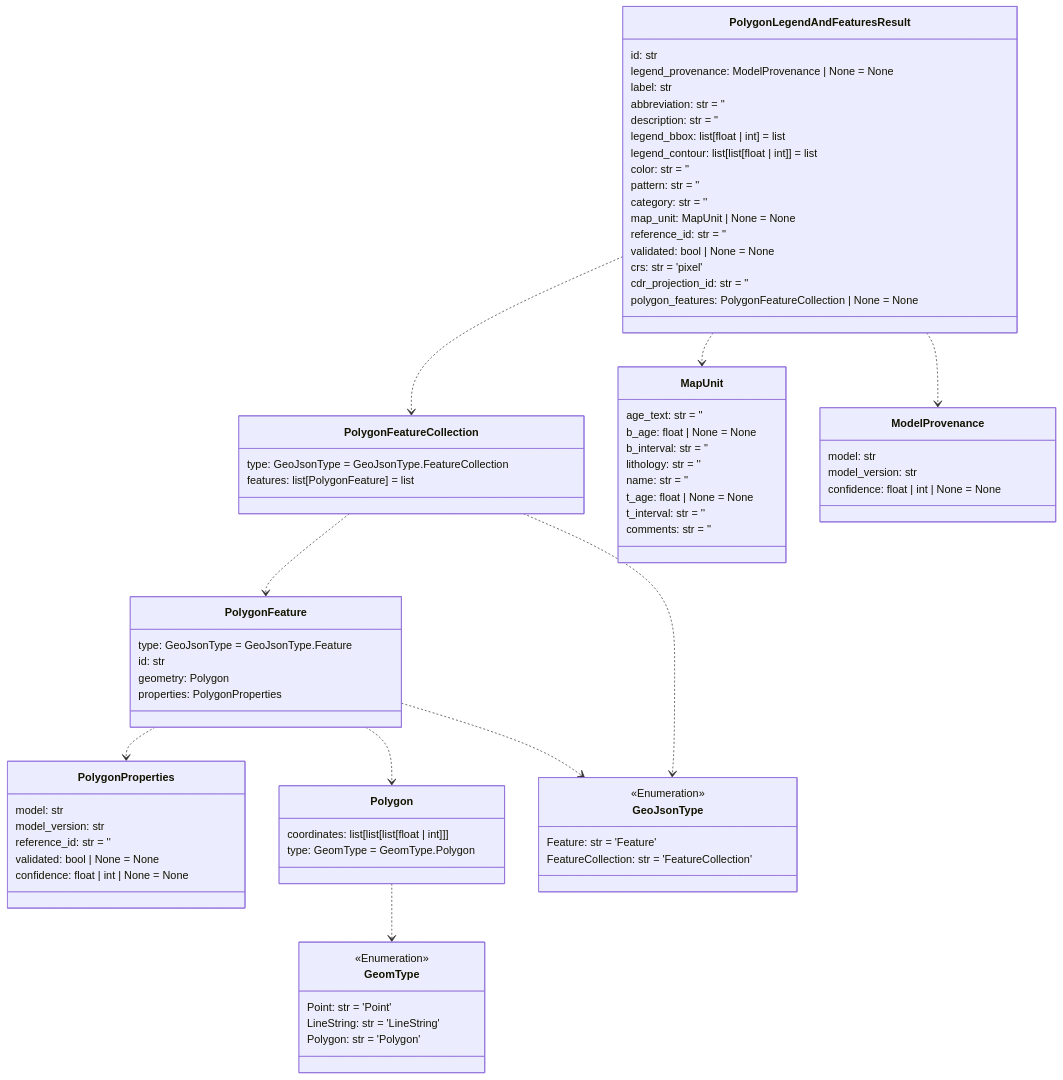
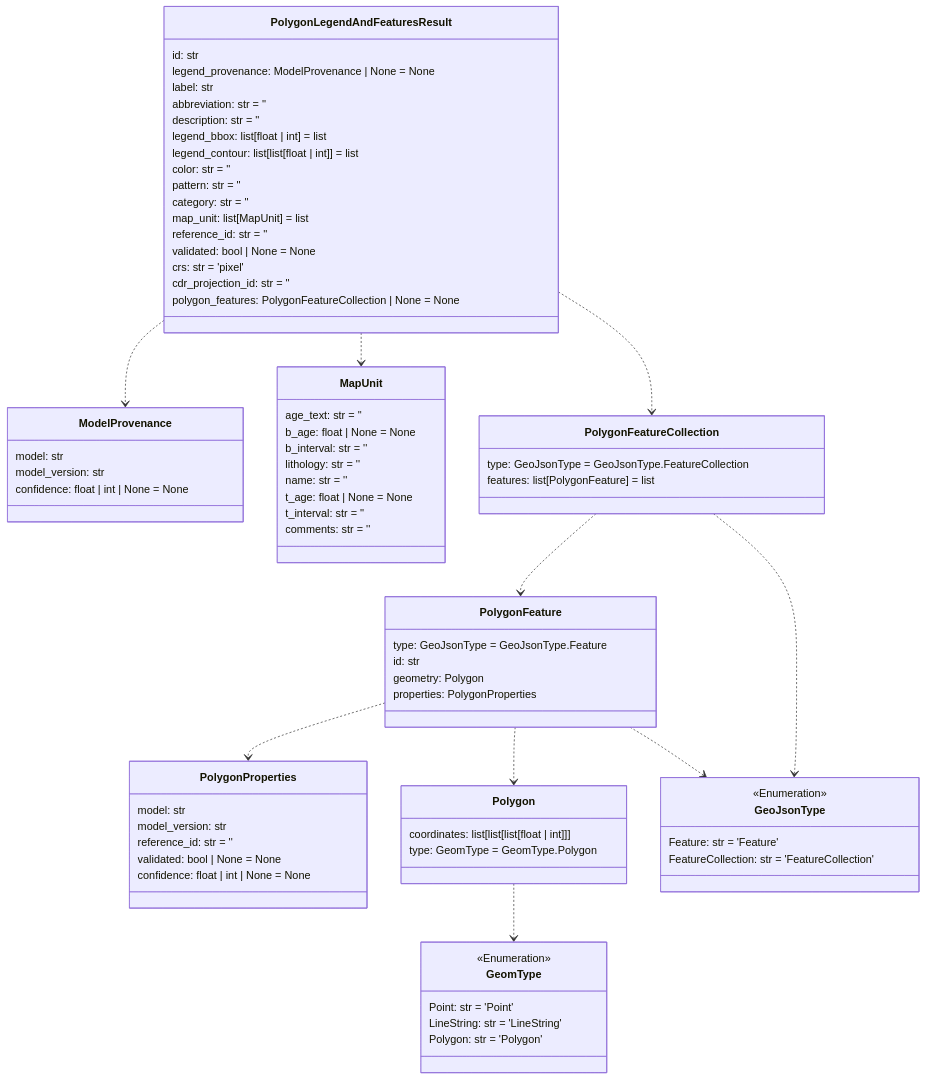
The seventh of 14 diagrams in README.md (DARPA-CRITICALMAAS/cdr_schemas), drawn with Mermaid before and after one commit. The commit also changed other lines of this file and 1 other file, not shown here.

````diff
--- a/README.md
+++ b/README.md
@@ -544,9 +544,22 @@
 ```mermaid
 classDiagram
+
+    class GeomType {
+        <<Enumeration>>
+        Point: str = 'Point'
+        LineString: str = 'LineString'
+        Polygon: str = 'Polygon'
+    }
 
     class PolygonFeatureCollection {
         type: GeoJsonType = GeoJsonType.FeatureCollection
         features: list[PolygonFeature] = list
+    }
+
+    class GeoJsonType {
+        <<Enumeration>>
+        Feature: str = 'Feature'
+        FeatureCollection: str = 'FeatureCollection'
     }
 
     class PolygonProperties {
@@ -555,6 +568,24 @@
         reference_id: str = ''
         validated: bool | None = None
         confidence: float | int | None = None
+    }
+
+    class Polygon {
+        coordinates: list[list[list[float | int]]]
+        type: GeomType = GeomType.Polygon
+    }
+
+    class ModelProvenance {
+        model: str
+        model_version: str
+        confidence: float | int | None = None
+    }
+
+    class PolygonFeature {
+        type: GeoJsonType = GeoJsonType.Feature
+        id: str
+        geometry: Polygon
+        properties: PolygonProperties
     }
 
     class MapUnit {
@@ -568,19 +599,6 @@
         comments: str = ''
     }
 
-    class GeomType {
-        <<Enumeration>>
-        Point: str = 'Point'
-        LineString: str = 'LineString'
-        Polygon: str = 'Polygon'
-    }
-
-    class ModelProvenance {
-        model: str
-        model_version: str
-        confidence: float | int | None = None
-    }
-
     class PolygonLegendAndFeaturesResult {
         id: str
         legend_provenance: ModelProvenance | None = None
@@ -592,30 +610,12 @@
         color: str = ''
         pattern: str = ''
         category: str = ''
-        map_unit: MapUnit | None = None
+        map_unit: list[MapUnit] = list
         reference_id: str = ''
         validated: bool | None = None
         crs: str = 'pixel'
         cdr_projection_id: str = ''
         polygon_features: PolygonFeatureCollection | None = None
-    }
-
-    class Polygon {
-        coordinates: list[list[list[float | int]]]
-        type: GeomType = GeomType.Polygon
-    }
-
-    class GeoJsonType {
-        <<Enumeration>>
-        Feature: str = 'Feature'
-        FeatureCollection: str = 'FeatureCollection'
-    }
-
-    class PolygonFeature {
-        type: GeoJsonType = GeoJsonType.Feature
-        id: str
-        geometry: Polygon
-        properties: PolygonProperties
     }
 
     Polygon ..> GeomType
@@ -624,9 +624,9 @@
     PolygonFeature ..> GeoJsonType
     PolygonFeatureCollection ..> PolygonFeature
     PolygonFeatureCollection ..> GeoJsonType
-    PolygonLegendAndFeaturesResult ..> PolygonFeatureCollection
     PolygonLegendAndFeaturesResult ..> ModelProvenance
     PolygonLegendAndFeaturesResult ..> MapUnit
+    PolygonLegendAndFeaturesResult ..> PolygonFeatureCollection
 
 
 ```
````
